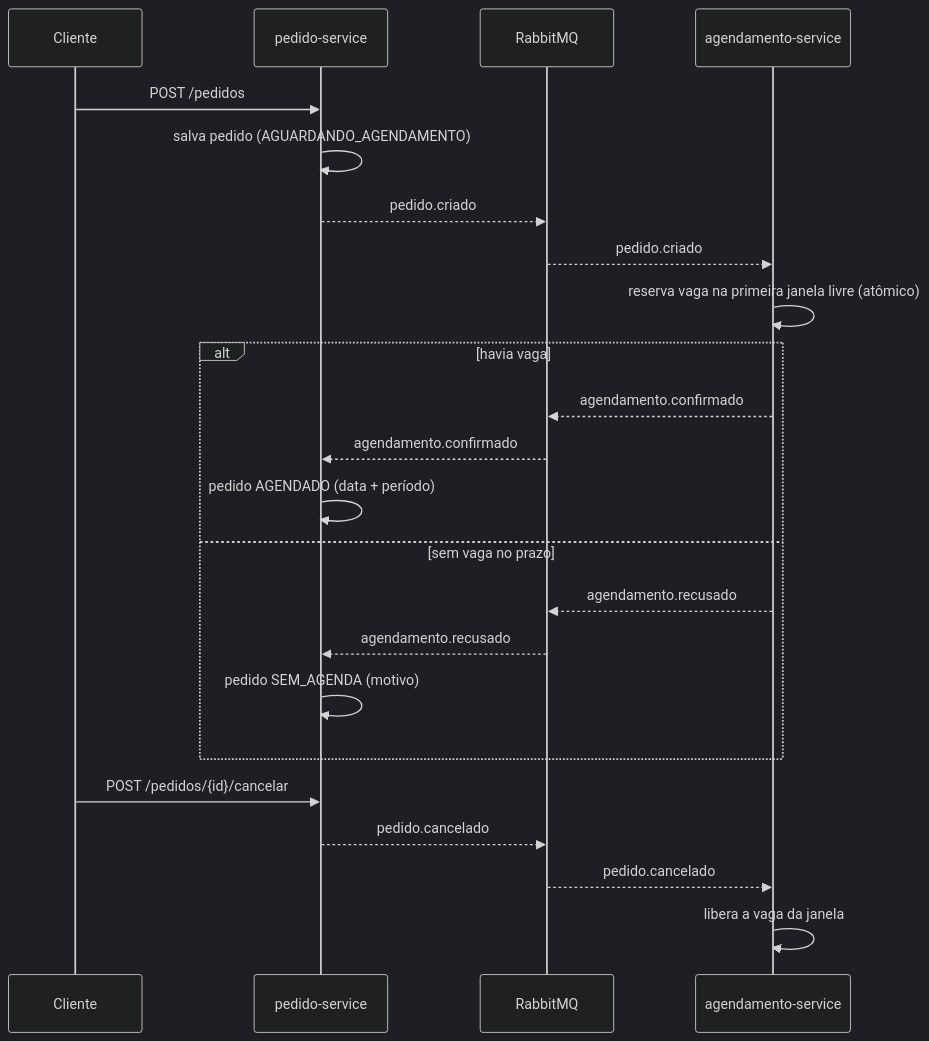
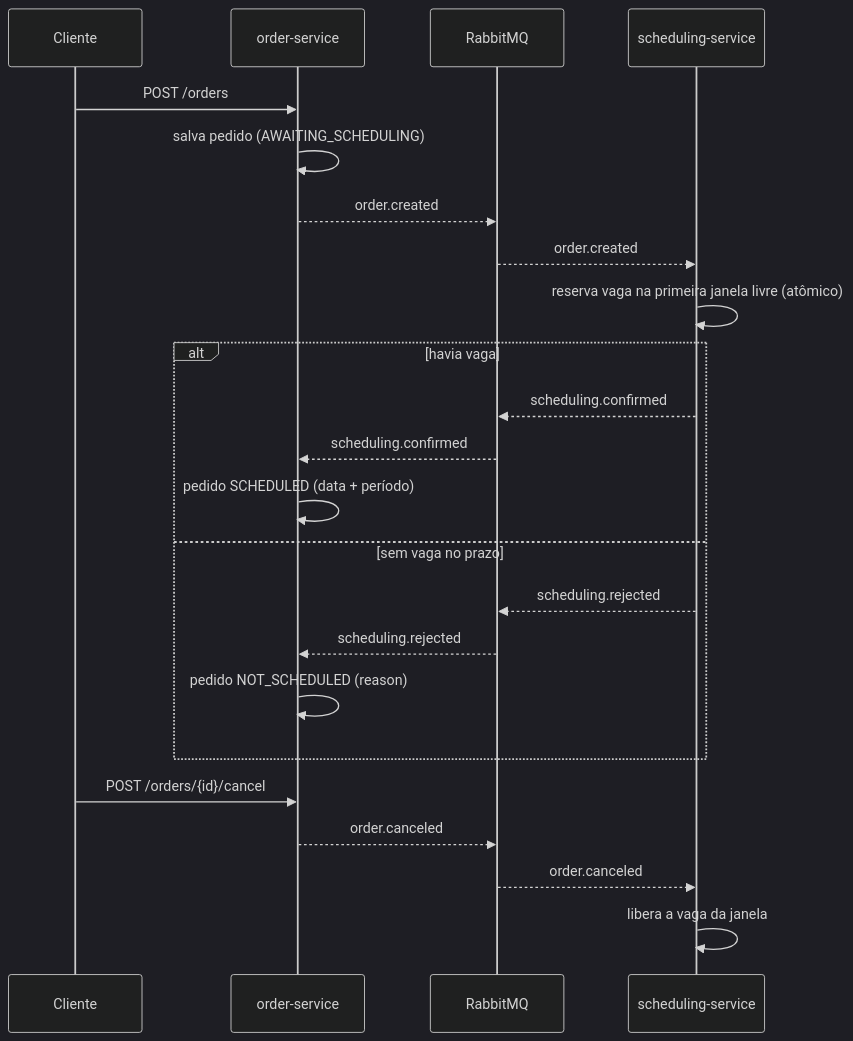
One commit to Jean8791/order-scheduling changed the diagram in README.md. Above: the diagram before and after it, drawn with Mermaid (dark theme). The commit also changed other lines of this file and 125 other files, not shown here.

````diff
--- a/README.md
+++ b/README.md
@@ -12,27 +14,27 @@
 ```mermaid
 sequenceDiagram
     participant C as Cliente
-    participant P as pedido-service
+    participant P as order-service
     participant R as RabbitMQ
-    participant A as agendamento-service
+    participant A as scheduling-service
 
-    C->>P: POST /pedidos
-    P->>P: salva pedido (AGUARDANDO_AGENDAMENTO)
-    P-->>R: pedido.criado
-    R-->>A: pedido.criado
+    C->>P: POST /orders
+    P->>P: salva pedido (AWAITING_SCHEDULING)
+    P-->>R: order.created
+    R-->>A: order.created
     A->>A: reserva vaga na primeira janela livre (atômico)
     alt havia vaga
-        A-->>R: agendamento.confirmado
-        R-->>P: agendamento.confirmado
-        P->>P: pedido AGENDADO (data + período)
+        A-->>R: scheduling.confirmed
+        R-->>P: scheduling.confirmed
+        P->>P: pedido SCHEDULED (data + período)
     else sem vaga no prazo
-        A-->>R: agendamento.recusado
-        R-->>P: agendamento.recusado
-        P->>P: pedido SEM_AGENDA (motivo)
+        A-->>R: scheduling.rejected
+        R-->>P: scheduling.rejected
+        P->>P: pedido NOT_SCHEDULED (reason)
     end
 
-    C->>P: POST /pedidos/{id}/cancelar
-    P-->>R: pedido.cancelado
-    R-->>A: pedido.cancelado
+    C->>P: POST /orders/{id}/cancel
+    P-->>R: order.canceled
+    R-->>A: order.canceled
     A->>A: libera a vaga da janela
 ```
````
